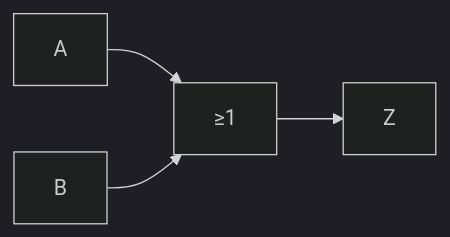
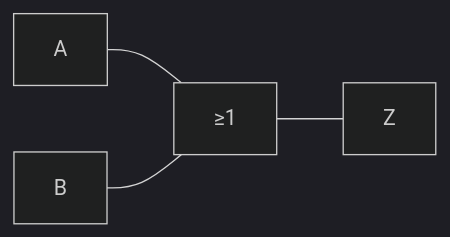
The diagram in Arquitectura de Computadoras/Compuerta OR.md (martinstanicio/ingenieria-en-sistemas), drawn with Mermaid (dark theme) before and after one commit. The commit also changed 9 other files, not shown here.

````diff
--- a/Arquitectura de Computadoras/Compuerta OR.md
+++ b/Arquitectura de Computadoras/Compuerta OR.md
@@ -16,10 +16,10 @@
 ```mermaid
 flowchart LR
     A[A]
     B[B]
     OR["≥1"]
     Z[Z]
 
-    A & B --> OR
-    OR --> Z
+    A & B --- OR
+    OR --- Z
 ```
````
